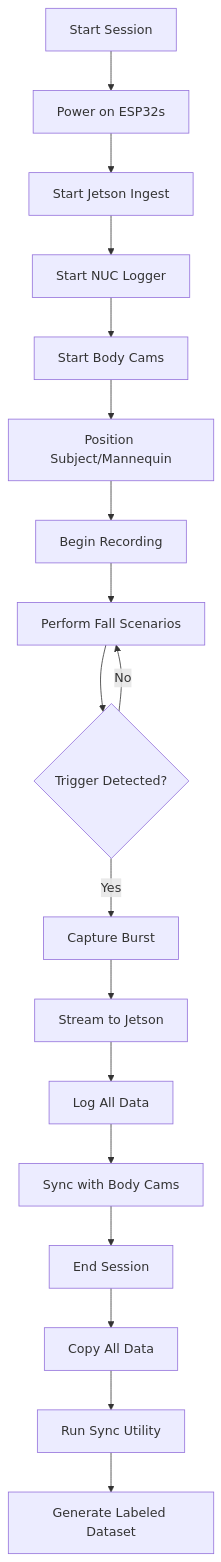
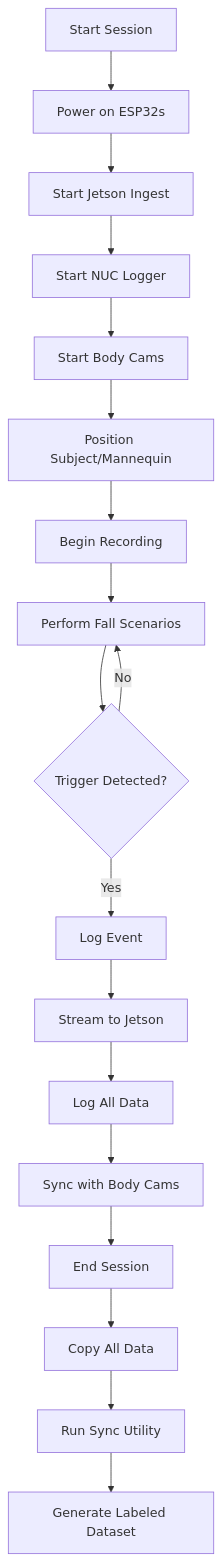
The sixth of 7 diagrams in docs/DEPLOYMENT_ARCHITECTURE.md (trademomentum-llc/heuristicmesh), drawn with Mermaid before and after one commit. The commit also changed other lines of this file and 21 other files, not shown here.

````diff
--- a/docs/DEPLOYMENT_ARCHITECTURE.md
+++ b/docs/DEPLOYMENT_ARCHITECTURE.md
@@ -400,22 +391,22 @@
 ```mermaid
 flowchart TD
     A[Start Session] --> B[Power on ESP32s]
     B --> C[Start Jetson Ingest]
     C --> D[Start NUC Logger]
     D --> E[Start Body Cams]
     E --> F[Position Subject/Mannequin]
     F --> G[Begin Recording]
     
     G --> H[Perform Fall Scenarios]
     H --> I{Trigger Detected?}
-    I -->|Yes| J[Capture Burst]
+    I -->|Yes| J[Log Event]
     I -->|No| H
     J --> K[Stream to Jetson]
     K --> L[Log All Data]
     L --> M[Sync with Body Cams]
     
     M --> N[End Session]
     N --> O[Copy All Data]
     O --> P[Run Sync Utility]
     P --> Q[Generate Labeled Dataset]
 ```
````
